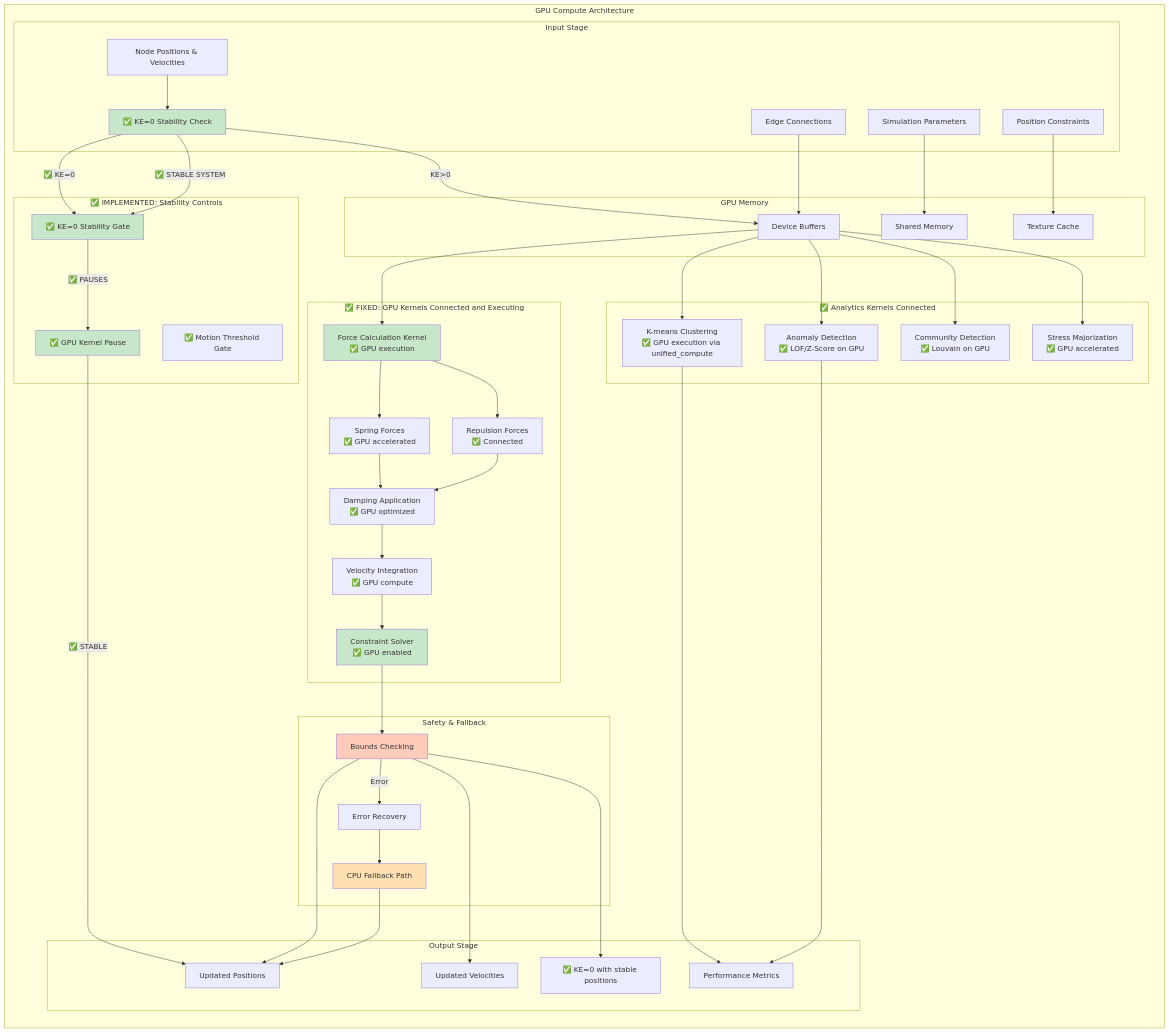
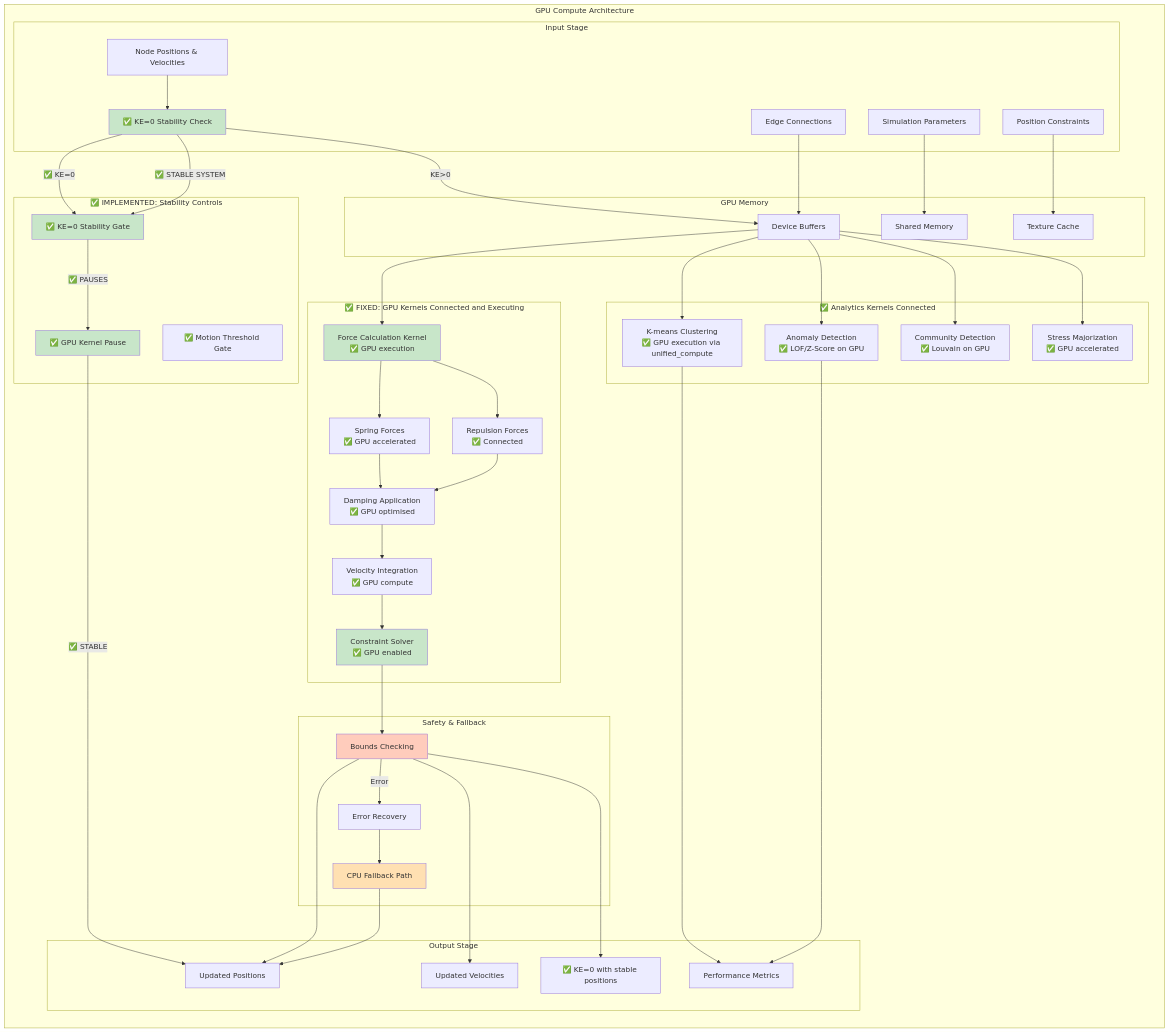
One commit to DreamLab-AI/VisionFlow changed the fourth of 27 diagrams in docs/high-level.md. Above: the diagram before and after it, drawn with Mermaid. The commit also changed other lines of this file and 37 other files, not shown here.

```diff
--- a/docs/high-level.md
+++ b/docs/high-level.md
@@ -357,7 +357,7 @@
             ForceKernel["Force Calculation Kernel<br/>✅ GPU execution"]
             SpringKernel["Spring Forces<br/>✅ GPU accelerated"]
             RepulsionKernel["Repulsion Forces<br/>✅ Connected"]
-            DampingKernel["Damping Application<br/>✅ GPU optimized"]
+            DampingKernel["Damping Application<br/>✅ GPU optimised"]
             IntegrationKernel["Velocity Integration<br/>✅ GPU compute"]
             ConstraintKernel["Constraint Solver<br/>✅ GPU enabled"]
         end
```
